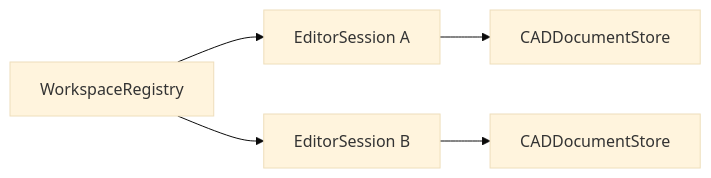
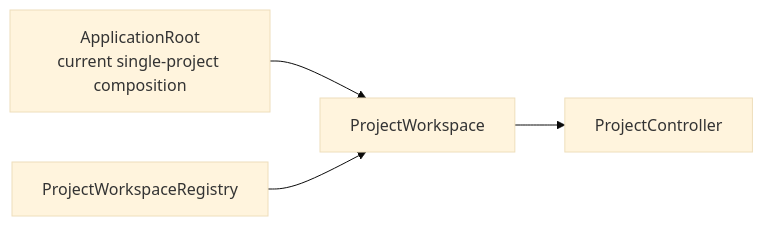
One commit to 1amageek/Rupa changed the seventh of 12 diagrams in Rupa/PHILOSOPHY.md. Above: the diagram before and after it, drawn with Mermaid (base theme). The commit also changed other lines of this file and 5 other files, not shown here.

````diff
--- a/Rupa/PHILOSOPHY.md
+++ b/Rupa/PHILOSOPHY.md
@@ -180,7 +202,6 @@
 ```mermaid
 flowchart LR
-    Registry["WorkspaceRegistry"] --> SessionA["EditorSession A"]
-    Registry --> SessionB["EditorSession B"]
-    SessionA --> StoreA["CADDocumentStore"]
-    SessionB --> StoreB["CADDocumentStore"]
+    App["ApplicationRoot<br/>current single-project composition"] --> Workspace["ProjectWorkspace"]
+    Registry["ProjectWorkspaceRegistry"] --> Workspace
+    Workspace --> Project["ProjectController"]
 ```
````
